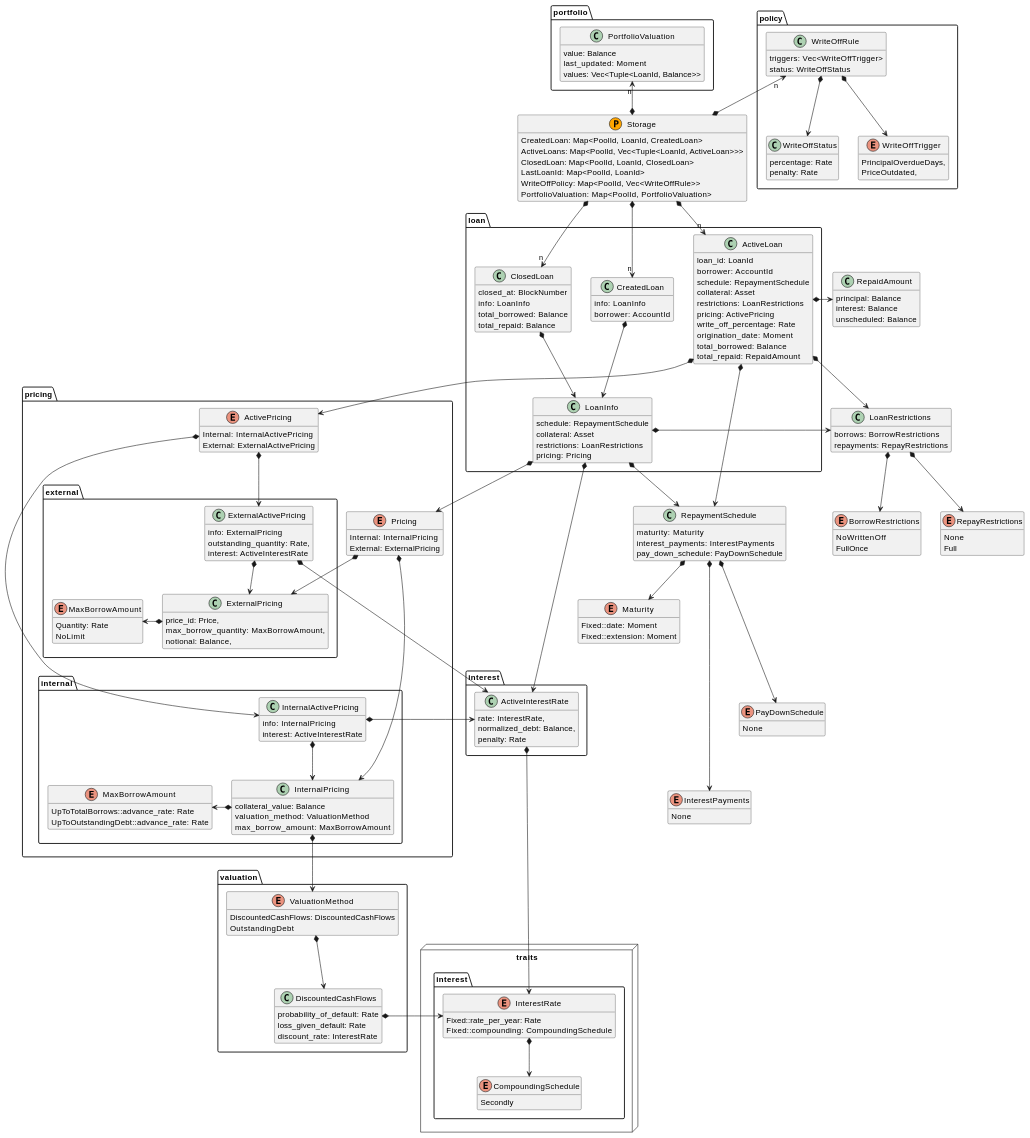
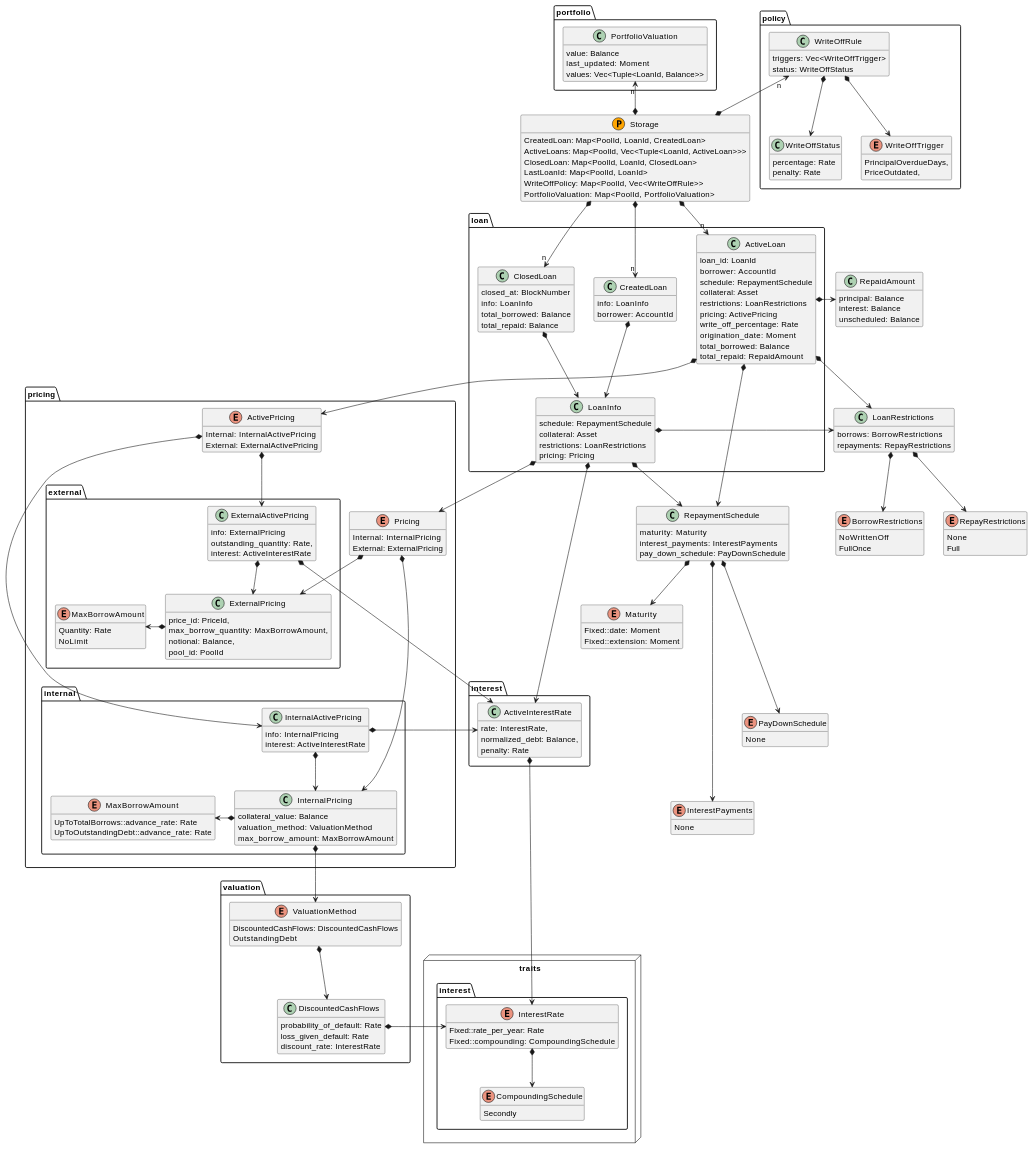
Before and after one commit to centrifuge/centrifuge-chain: the diagram in pallets/loans/docs/types.md, drawn with PlantUML.

Commit message:
update types diagram

```diff
--- a/pallets/loans/docs/types.md
+++ b/pallets/loans/docs/types.md
@@ -153,9 +153,10 @@
         }
 
         class ExternalPricing {
-            price_id: Price,
+            price_id: PriceId,
             max_borrow_quantity: MaxBorrowAmount,
             notional: Balance,
+            pool_id: PoolId
         }
 
         ExternalPricing *-l-> MaxBorrowAmount
```
